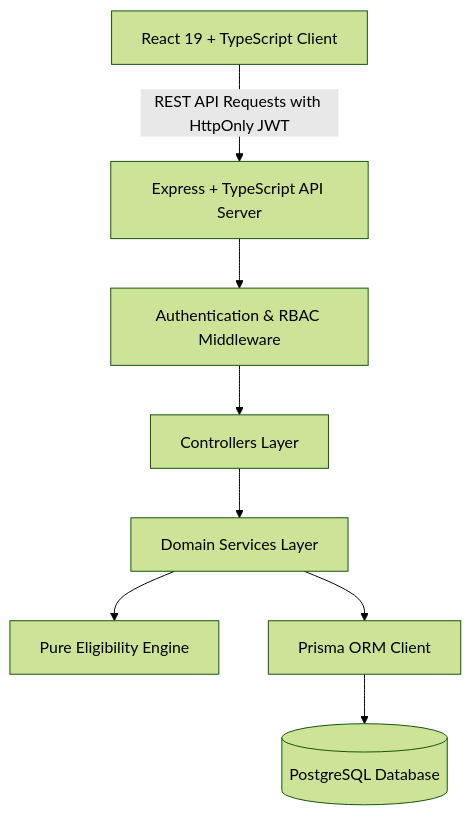
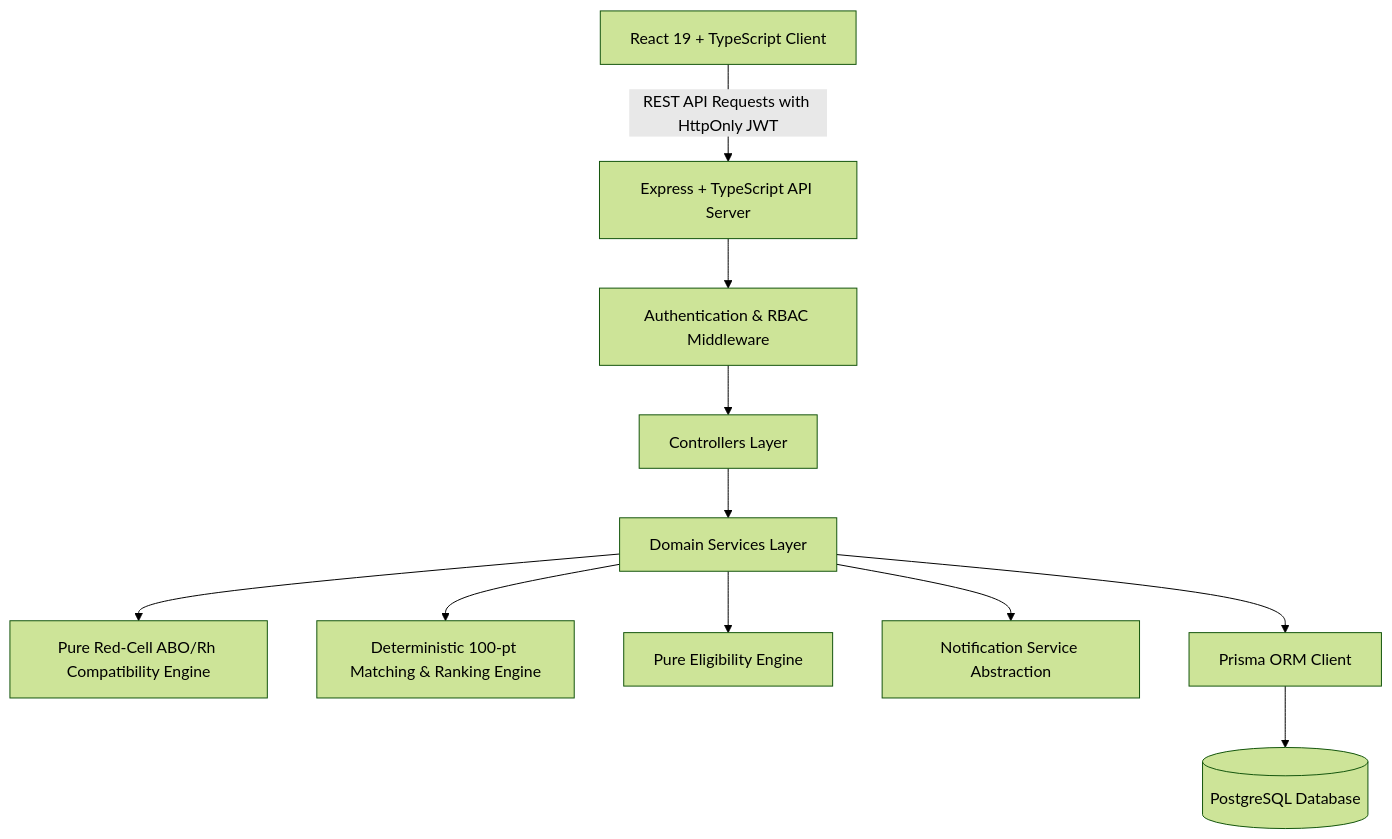
One commit to gomugomucode/blood-donation changed the diagram in README.md. Above: the diagram before and after it, drawn with Mermaid (forest theme). The commit also changed other lines of this file, not shown here.

Commit message:
feat: add comprehensive blood request management and deterministic donor-candidate ranking engine to documentation

````diff
--- a/README.md
+++ b/README.md
@@ -47,10 +54,13 @@
 ```mermaid
 graph TD
     Client[React 19 + TypeScript Client] -->|REST API Requests with HttpOnly JWT| Server[Express + TypeScript API Server]
     Server --> AuthMW[Authentication & RBAC Middleware]
     AuthMW --> Controllers[Controllers Layer]
     Controllers --> Services[Domain Services Layer]
+    Services --> Compatibility[Pure Red-Cell ABO/Rh Compatibility Engine]
+    Services --> Matching[Deterministic 100-pt Matching & Ranking Engine]
     Services --> Eligibility[Pure Eligibility Engine]
+    Services --> Notification[Notification Service Abstraction]
     Services --> Prisma[Prisma ORM Client]
     Prisma --> Postgres[(PostgreSQL Database)]
 ```
````
